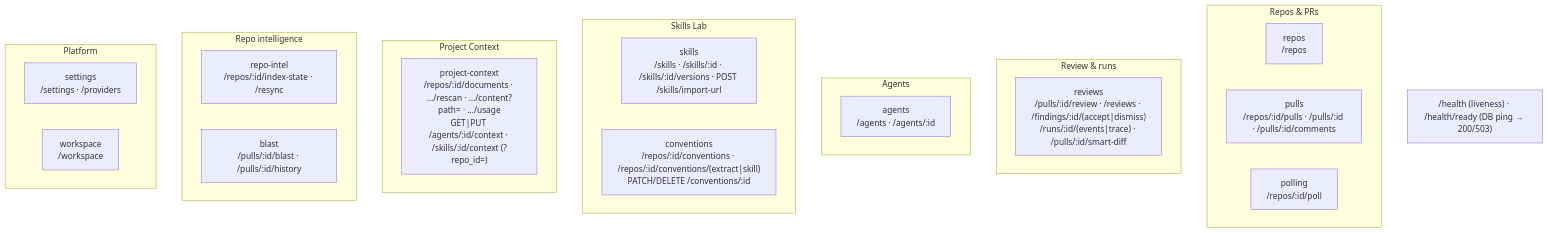
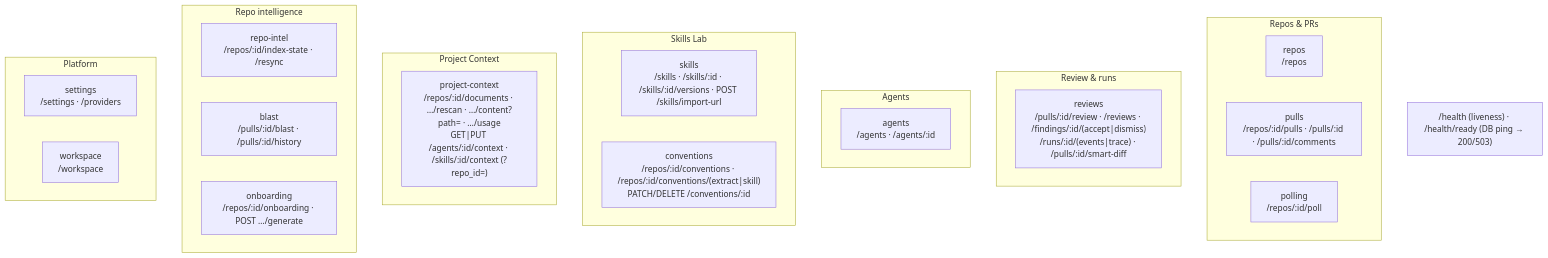
One commit to neronasee/dev-digest changed the second of 2 diagrams in server/README.md. Above: the diagram before and after it, drawn with Mermaid. The commit also changed other lines of this file and 44 other files, not shown here.

````diff
--- a/server/README.md
+++ b/server/README.md
@@ -64,30 +74,31 @@
 ```mermaid
 flowchart TB
   subgraph Repos_PRs["Repos & PRs"]
     repos["repos<br/>/repos"]
     pulls["pulls<br/>/repos/:id/pulls · /pulls/:id · /pulls/:id/comments"]
     polling["polling<br/>/repos/:id/poll"]
   end
   subgraph Review["Review & runs"]
     reviews["reviews<br/>/pulls/:id/review · /reviews · /findings/:id/(accept|dismiss)<br/>/runs/:id/(events|trace) · /pulls/:id/smart-diff"]
   end
   subgraph Agents["Agents"]
     agents["agents<br/>/agents · /agents/:id"]
   end
   subgraph SkillsLab["Skills Lab"]
     skills["skills<br/>/skills · /skills/:id · /skills/:id/versions · POST /skills/import-url"]
     conventions["conventions<br/>/repos/:id/conventions · /repos/:id/conventions/(extract|skill)<br/>PATCH/DELETE /conventions/:id"]
   end
   subgraph ProjectContext["Project Context"]
     projectContext["project-context<br/>/repos/:id/documents · …/rescan · …/content?path= · …/usage<br/>GET|PUT /agents/:id/context · /skills/:id/context (?repo_id=)"]
   end
   subgraph Intel["Repo intelligence"]
     repoIntel["repo-intel<br/>/repos/:id/index-state · /resync"]
     blast["blast<br/>/pulls/:id/blast · /pulls/:id/history"]
+    onboarding["onboarding<br/>/repos/:id/onboarding · POST …/generate"]
   end
   subgraph Platform["Platform"]
     settings["settings<br/>/settings · /providers"]
     workspace["workspace<br/>/workspace"]
   end
   HEALTH["/health (liveness) · /health/ready (DB ping → 200/503)"]
 ```
````
